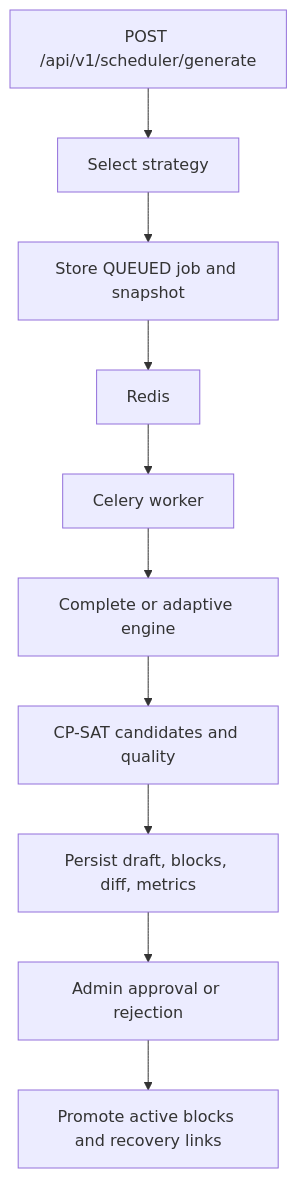
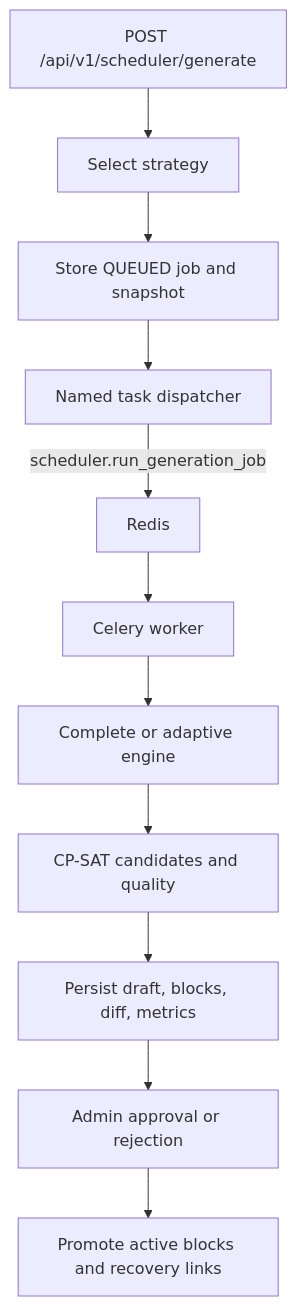
One commit to ORIOP25/Cronos changed the diagram in documentation/03_scheduler_engine/SCHEDULER_ARCHITECTURE.md. Above: the diagram before and after it, drawn with Mermaid. The commit also changed other lines of this file and 7 other files, not shown here.

Commit message:
docs: document scheduler dispatch boundary

````diff
--- a/documentation/03_scheduler_engine/SCHEDULER_ARCHITECTURE.md
+++ b/documentation/03_scheduler_engine/SCHEDULER_ARCHITECTURE.md
@@ -41,12 +42,13 @@
 ```mermaid
 flowchart TD
     Request[POST /api/v1/scheduler/generate] --> Select[Select strategy]
     Select --> Job[Store QUEUED job and snapshot]
-    Job --> Queue[Redis]
+    Job --> Dispatch[Named task dispatcher]
+    Dispatch -->|scheduler.run_generation_job| Queue[Redis]
     Queue --> Worker[Celery worker]
     Worker --> Engine[Complete or adaptive engine]
     Engine --> CPSAT[CP-SAT candidates and quality]
     CPSAT --> Draft[Persist draft, blocks, diff, metrics]
     Draft --> Approval[Admin approval or rejection]
     Approval --> Active[Promote active blocks and recovery links]
 ```
````
